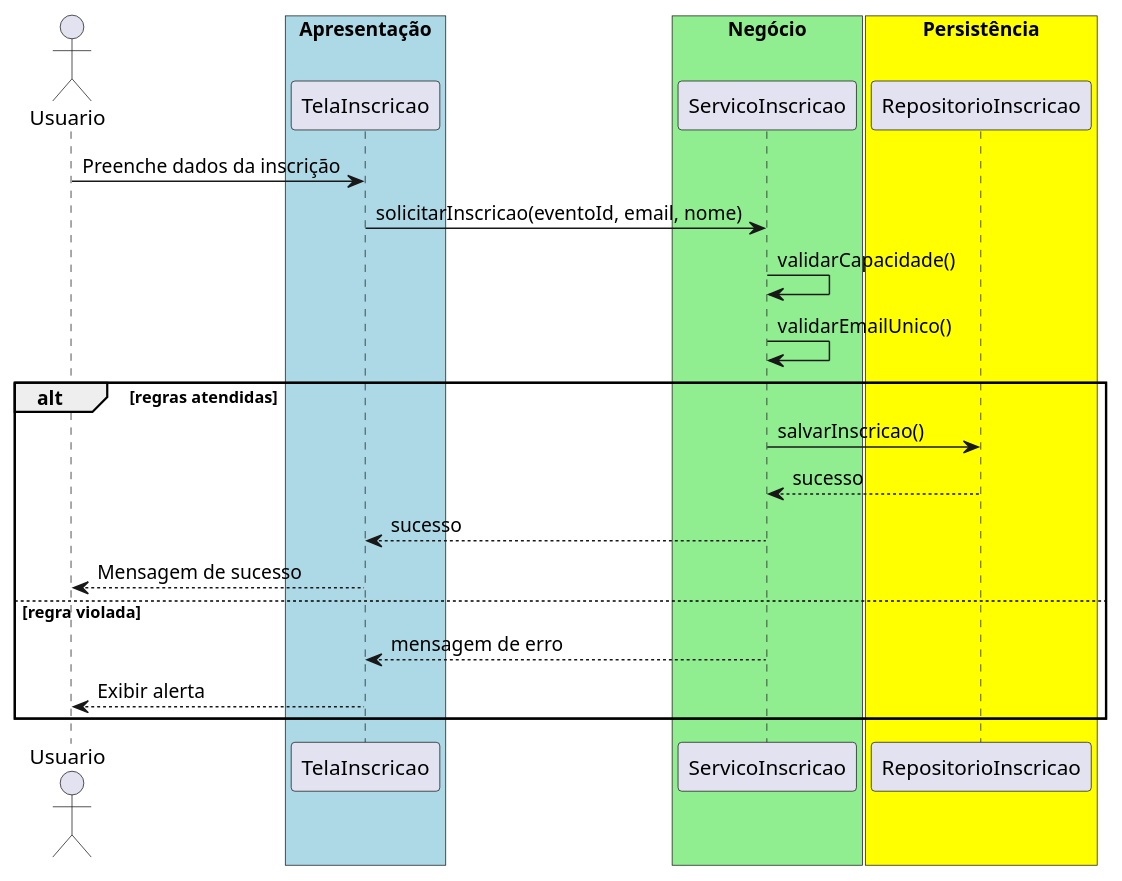
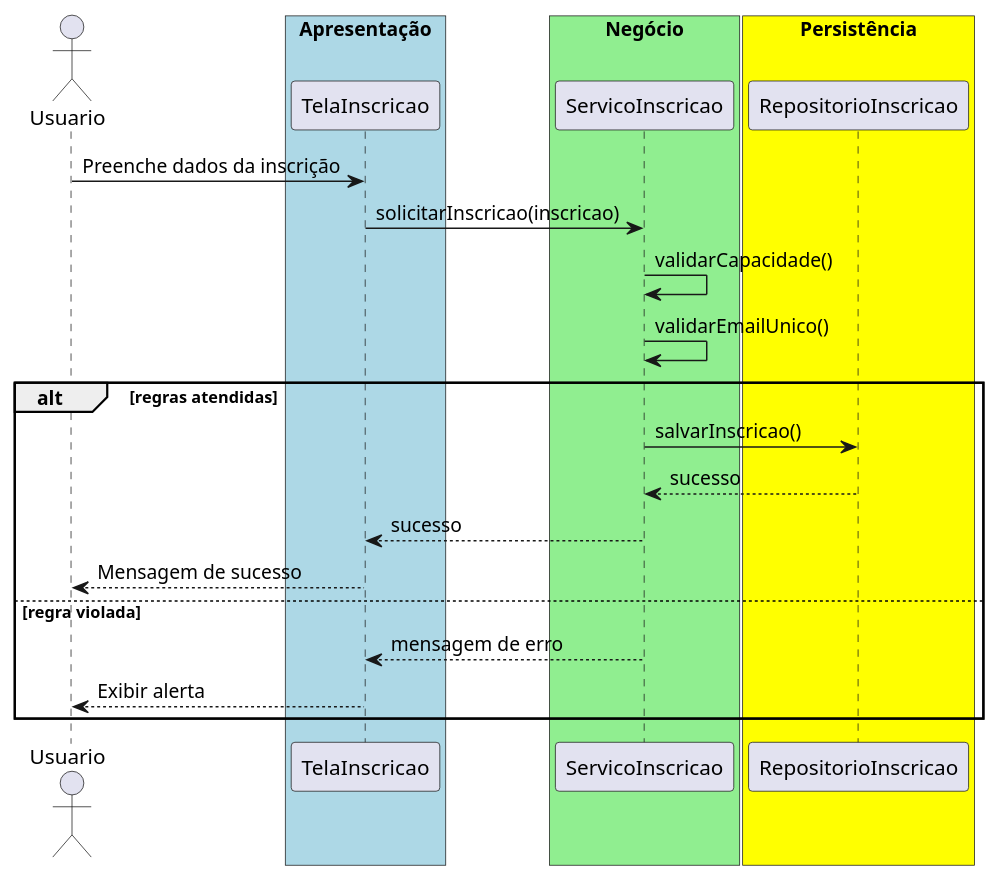
Before and after one commit to 20261-ifba-saj-ads-poo/blog: the diagram in src/trabalhos/Trabalho04.md, drawn with PlantUML. The commit also changed other lines of this file and 35 other files, not shown here.

````diff
--- a/src/trabalhos/Trabalho04.md
+++ b/src/trabalhos/Trabalho04.md
@@ -28,27 +28,27 @@
 ```plantuml{kroki=true}
 @startuml
 actor Usuario
 box "Apresentação" #lightblue
     participant TelaInscricao
 end box
 box "Negócio" #lightgreen
     participant ServicoInscricao
 end box
 box "Persistência" #yellow
     participant RepositorioInscricao
 end box
 Usuario -> TelaInscricao : Preenche dados da inscrição
-TelaInscricao -> ServicoInscricao : solicitarInscricao(eventoId, email, nome)
+TelaInscricao -> ServicoInscricao : solicitarInscricao(inscricao)
 ServicoInscricao -> ServicoInscricao : validarCapacidade()
 ServicoInscricao -> ServicoInscricao : validarEmailUnico()
 alt regras atendidas
     ServicoInscricao -> RepositorioInscricao : salvarInscricao()
     RepositorioInscricao --> ServicoInscricao : sucesso
     ServicoInscricao --> TelaInscricao : sucesso
     TelaInscricao --> Usuario : Mensagem de sucesso
 else regra violada
     ServicoInscricao --> TelaInscricao : mensagem de erro
     TelaInscricao --> Usuario : Exibir alerta
 end
 @enduml
 ```
````
